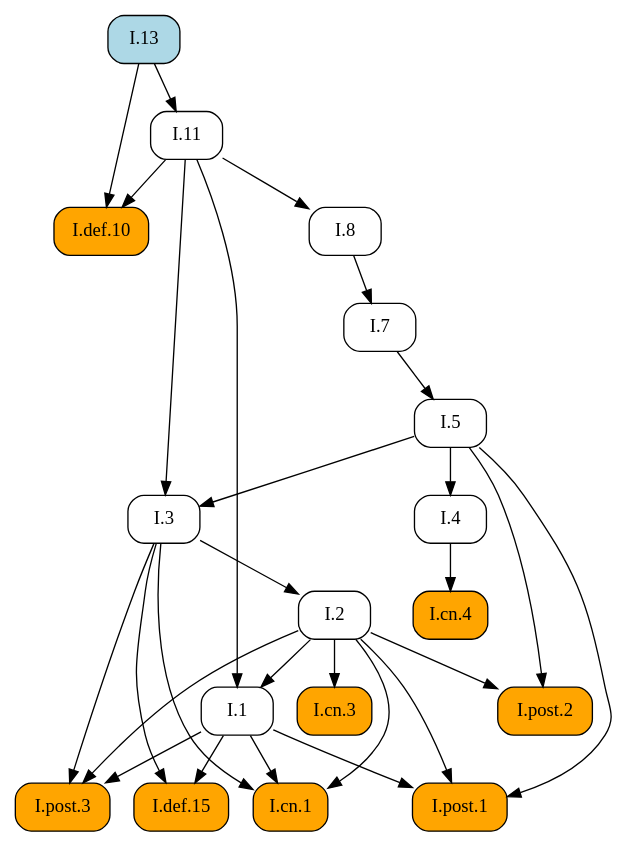
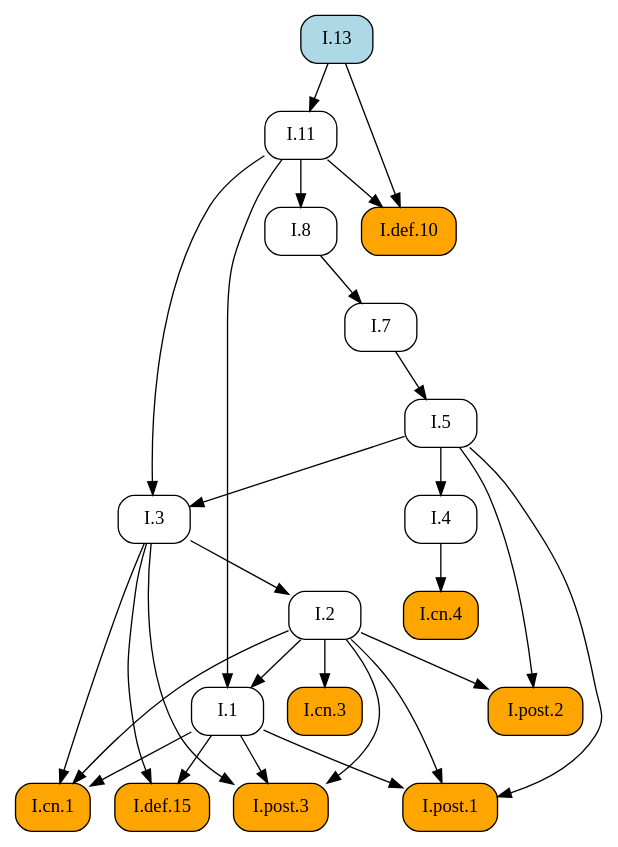
Before and after one commit to geometor/elements: the diagram in docsrc/heath/I/13/index.rst, drawn with Graphviz. The commit also changed other lines of this file and 484 other files, not shown here.

```diff
--- a/docsrc/heath/I/13/index.rst
+++ b/docsrc/heath/I/13/index.rst
@@ -71,50 +71,50 @@
 .. graphviz::
 
    digraph {
      rankdir="TB";
      node [shape=box, style=rounded];
+     "I.cn.1" [style="rounded,filled", fillcolor=orange, URL="/heath/I/cn.1/", target="_top"];
+     "I.7" [URL="/heath/I/7/", target="_top"];
+     "I.2" [URL="/heath/I/2/", target="_top"];
+     "I.def.15" [style="rounded,filled", fillcolor=orange, URL="/heath/I/def.15/", target="_top"];
+     "I.13" [style="rounded,filled", fillcolor=lightblue, URL="/heath/I/13/", target="_top"];
+     "I.4" [URL="/heath/I/4/", target="_top"];
+     "I.1" [URL="/heath/I/1/", target="_top"];
+     "I.post.3" [style="rounded,filled", fillcolor=orange, URL="/heath/I/post.3/", target="_top"];
+     "I.post.1" [style="rounded,filled", fillcolor=orange, URL="/heath/I/post.1/", target="_top"];
+     "I.8" [URL="/heath/I/8/", target="_top"];
+     "I.5" [URL="/heath/I/5/", target="_top"];
+     "I.cn.3" [style="rounded,filled", fillcolor=orange, URL="/heath/I/cn.3/", target="_top"];
      "I.def.10" [style="rounded,filled", fillcolor=orange, URL="/heath/I/def.10/", target="_top"];
      "I.11" [URL="/heath/I/11/", target="_top"];
-     "I.1" [URL="/heath/I/1/", target="_top"];
-     "I.7" [URL="/heath/I/7/", target="_top"];
+     "I.cn.4" [style="rounded,filled", fillcolor=orange, URL="/heath/I/cn.4/", target="_top"];
+     "I.post.2" [style="rounded,filled", fillcolor=orange, URL="/heath/I/post.2/", target="_top"];
      "I.3" [URL="/heath/I/3/", target="_top"];
-     "I.2" [URL="/heath/I/2/", target="_top"];
-     "I.4" [URL="/heath/I/4/", target="_top"];
-     "I.13" [style="rounded,filled", fillcolor=lightblue, URL="/heath/I/13/", target="_top"];
-     "I.post.2" [style="rounded,filled", fillcolor=orange, URL="/heath/I/post.2/", target="_top"];
-     "I.def.15" [style="rounded,filled", fillcolor=orange, URL="/heath/I/def.15/", target="_top"];
-     "I.post.3" [style="rounded,filled", fillcolor=orange, URL="/heath/I/post.3/", target="_top"];
-     "I.cn.1" [style="rounded,filled", fillcolor=orange, URL="/heath/I/cn.1/", target="_top"];
-     "I.cn.3" [style="rounded,filled", fillcolor=orange, URL="/heath/I/cn.3/", target="_top"];
-     "I.8" [URL="/heath/I/8/", target="_top"];
-     "I.cn.4" [style="rounded,filled", fillcolor=orange, URL="/heath/I/cn.4/", target="_top"];
-     "I.post.1" [style="rounded,filled", fillcolor=orange, URL="/heath/I/post.1/", target="_top"];
-     "I.5" [URL="/heath/I/5/", target="_top"];
+     "I.1" -> "I.cn.1";
+     "I.2" -> "I.cn.1";
+     "I.3" -> "I.cn.1";
+     "I.8" -> "I.7";
+     "I.3" -> "I.2";
+     "I.1" -> "I.def.15";
+     "I.3" -> "I.def.15";
+     "I.5" -> "I.4";
+     "I.2" -> "I.1";
+     "I.11" -> "I.1";
+     "I.1" -> "I.post.3";
+     "I.2" -> "I.post.3";
+     "I.3" -> "I.post.3";
+     "I.1" -> "I.post.1";
+     "I.2" -> "I.post.1";
+     "I.5" -> "I.post.1";
+     "I.11" -> "I.8";
+     "I.7" -> "I.5";
+     "I.2" -> "I.cn.3";
      "I.11" -> "I.def.10";
      "I.13" -> "I.def.10";
      "I.13" -> "I.11";
-     "I.2" -> "I.1";
-     "I.11" -> "I.1";
-     "I.8" -> "I.7";
+     "I.4" -> "I.cn.4";
+     "I.2" -> "I.post.2";
+     "I.5" -> "I.post.2";
      "I.5" -> "I.3";
      "I.11" -> "I.3";
-     "I.3" -> "I.2";
-     "I.5" -> "I.4";
-     "I.2" -> "I.post.2";
-     "I.5" -> "I.post.2";
-     "I.1" -> "I.def.15";
-     "I.3" -> "I.def.15";
-     "I.1" -> "I.post.3";
-     "I.2" -> "I.post.3";
-     "I.3" -> "I.post.3";
-     "I.1" -> "I.cn.1";
-     "I.2" -> "I.cn.1";
-     "I.3" -> "I.cn.1";
-     "I.2" -> "I.cn.3";
-     "I.11" -> "I.8";
-     "I.4" -> "I.cn.4";
-     "I.1" -> "I.post.1";
-     "I.2" -> "I.post.1";
-     "I.5" -> "I.post.1";
-     "I.7" -> "I.5";
    }
```
